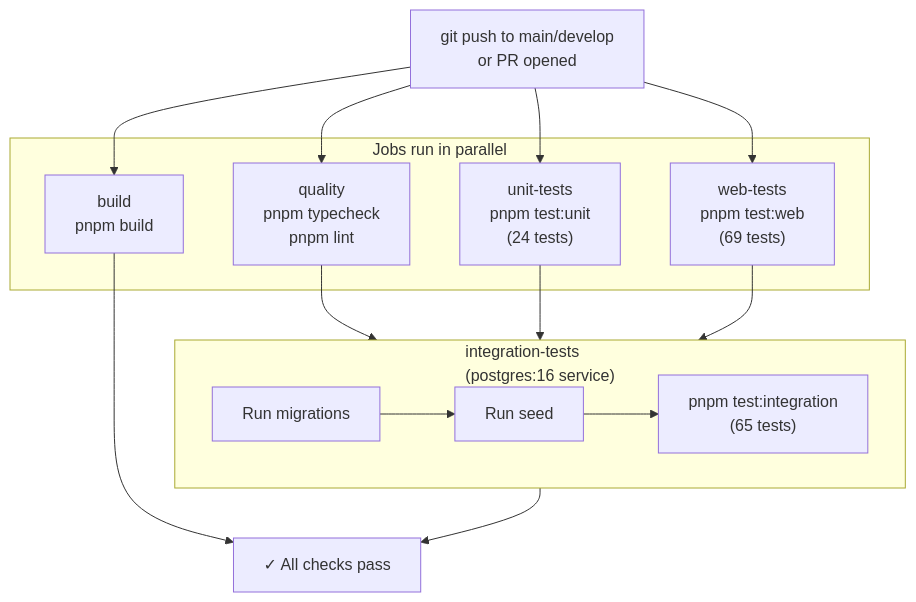
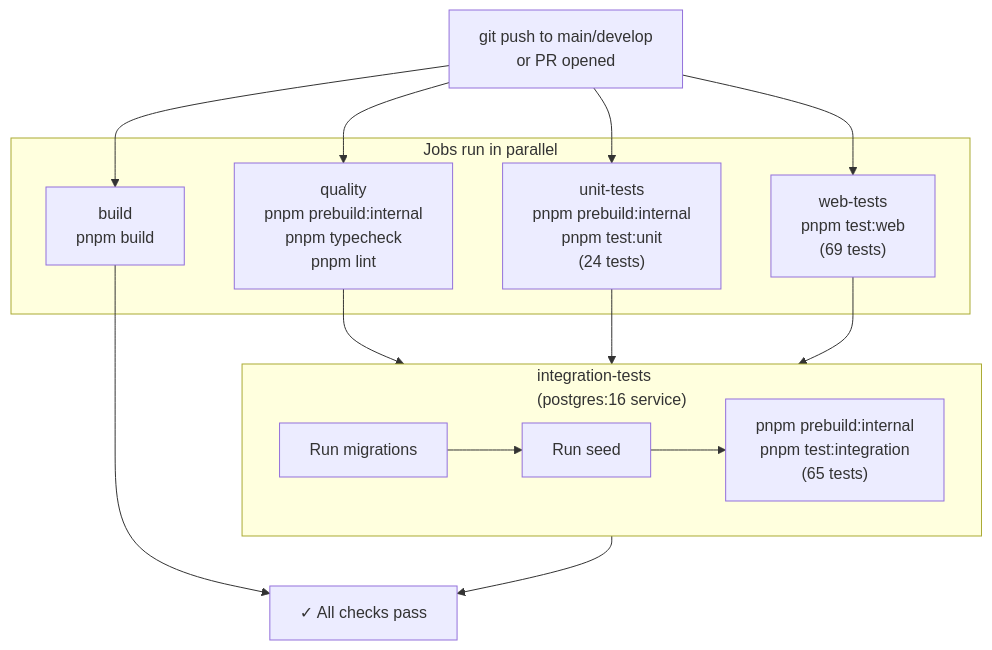
One commit to AtanasRusevPros/kgp changed the seventh of 8 diagrams in ARCHITECTURE.md. Above: the diagram before and after it, drawn with Mermaid. The commit also changed other lines of this file and 6 other files, not shown here.

First line of the commit message:
Stabilize clean CI/test verification with internal package prebuilds

````diff
--- a/ARCHITECTURE.md
+++ b/ARCHITECTURE.md
@@ -668,28 +670,28 @@
 ```mermaid
 flowchart TD
     Push["git push to main/develop<br/>or PR opened"]
     Push --> Quality & UnitTests & WebTests
 
     subgraph Parallel["Jobs run in parallel"]
-        Quality["quality<br/>pnpm typecheck<br/>pnpm lint"]
-        UnitTests["unit-tests<br/>pnpm test:unit<br/>(24 tests)"]
+        Quality["quality<br/>pnpm prebuild:internal<br/>pnpm typecheck<br/>pnpm lint"]
+        UnitTests["unit-tests<br/>pnpm prebuild:internal<br/>pnpm test:unit<br/>(24 tests)"]
         WebTests["web-tests<br/>pnpm test:web<br/>(69 tests)"]
         Build["build<br/>pnpm build"]
     end
 
     Push --> Build
 
     Quality --> Integration
     UnitTests --> Integration
     WebTests --> Integration
 
     subgraph Integration["integration-tests<br/>(postgres:16 service)"]
         Migrate["Run migrations"]
         Seed["Run seed"]
-        IntTests["pnpm test:integration<br/>(65 tests)"]
+        IntTests["pnpm prebuild:internal<br/>pnpm test:integration<br/>(65 tests)"]
         Migrate --> Seed --> IntTests
     end
 
     Integration --> Done["✓ All checks pass"]
     Build --> Done
 ```
````
